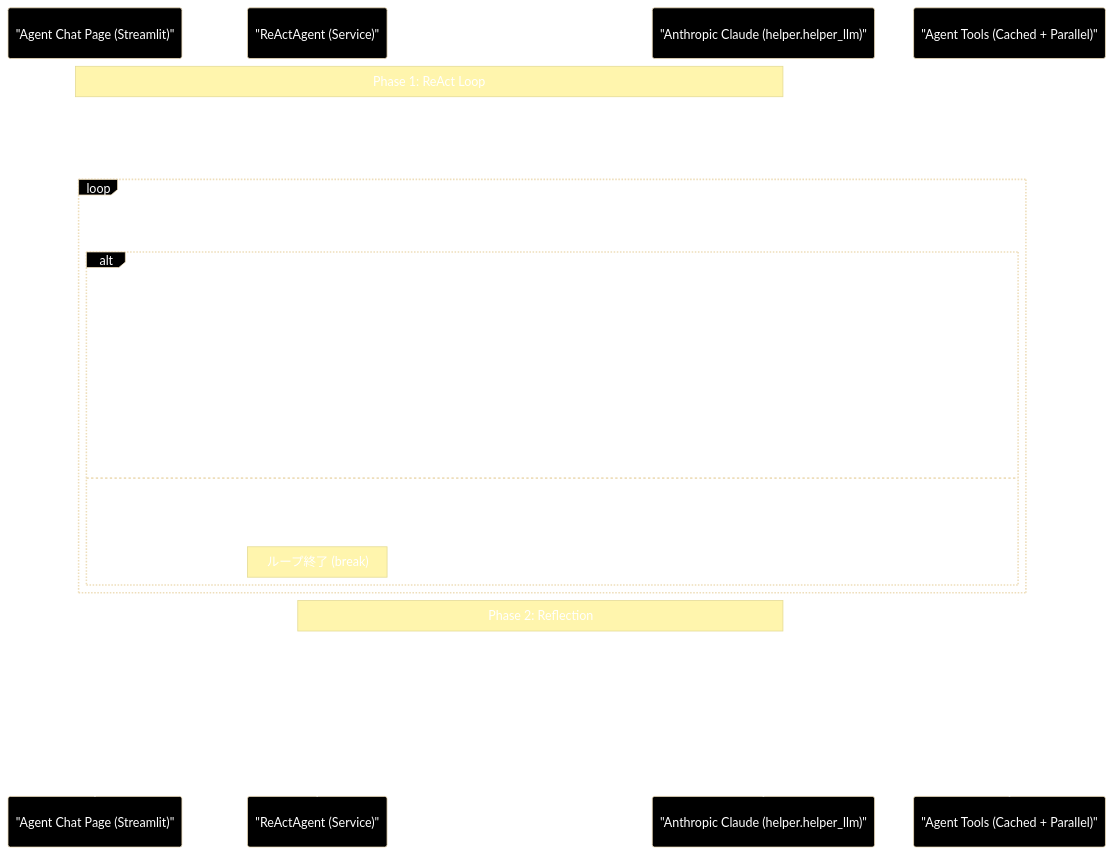
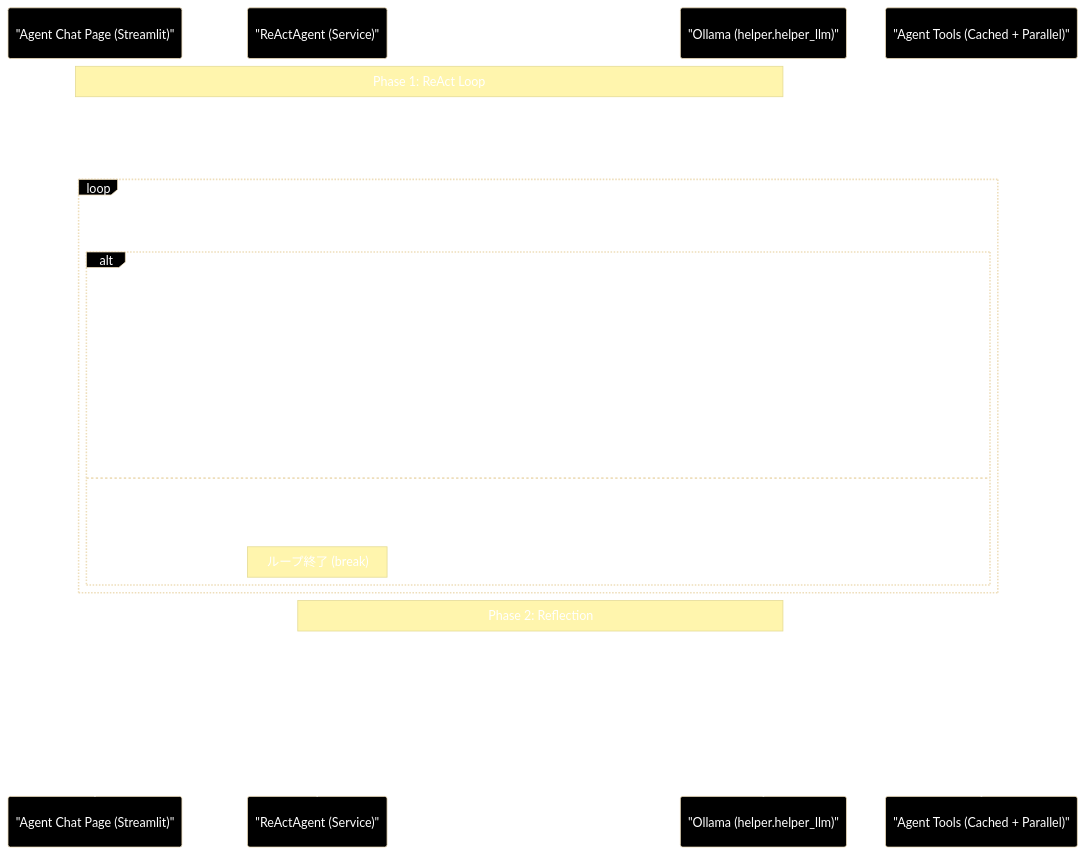
One commit to nakashima2toshio/ollama_grace_agent_v2 changed the ninth of 10 diagrams in readme_react_reflection.md. Above: the diagram before and after it, drawn with Mermaid. The commit also changed other lines of this file and 5 other files, not shown here.

First line of the commit message:
docs(readme): Ollama ネイティブ化（README*.md の Anthropic/Gemini/OpenAI 表記を統一）

````diff
--- a/readme_react_reflection.md
+++ b/readme_react_reflection.md
@@ -902,31 +904,31 @@
 ```mermaid
 %%{ init: { "theme": "base", "themeVariables": {"background": "#000000", "mainBkg": "#000000","textColor": "#ffffff", "lineColor": "#ffffff","actorBkg": "#000000", "actorTextColor": "#ffffff","actorLineColor": "#ffffff", "noteBkg": "#1a1a1a","noteTextColor": "#ffffff" } } }%%
 sequenceDiagram
     participant UI as "Agent Chat Page (Streamlit)"
     participant Svc as "ReActAgent (Service)"
-    participant LLM as "Anthropic Claude (helper.helper_llm)"
+    participant LLM as "Ollama (helper.helper_llm)"
     participant Tool as "Agent Tools (Cached + Parallel)"
 
     Note over UI, LLM: Phase 1: ReAct Loop
     UI->>Svc: execute_turn(ユーザー入力)
     Svc->>LLM: generate_with_tools(messages, tools, system)
     loop 解決するまで繰り返し (max_turns)
-        LLM-->>Svc: ToolUseResponse (text / tool_calls / stop_reason)
-        alt stop_reason == tool_use
+        LLM-->>Svc: (text, tool_calls, finish_reason)
+        alt finish_reason == tool_calls
             Svc-->>UI: yield Event(Thought / ToolCall)
             Svc->>Tool: search_rag_knowledge_base_cached(query, session_id)
             Tool-->>Svc: 検索結果 (Observation)
             Svc-->>UI: yield Event(ToolResult)
             Svc->>LLM: generate_with_tools(self._messages + tool_result)
-        else stop_reason != tool_use
+        else finish_reason != tool_calls
             LLM-->>Svc: 回答案 (Draft Answer / final_text)
             Note over Svc: ループ終了 (break)
         end
     end
 
     Note over Svc, LLM: Phase 2: Reflection
     Svc->>LLM: generate_with_tools(REFLECTION_INSTRUCTION + ドラフト, tools=[])
     LLM-->>Svc: 自己評価 + Final Answer
     Svc-->>UI: yield Event(Reflection Log)
     Svc-->>UI: yield Event(Final Answer)
 ```
````
